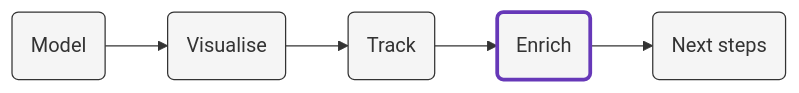
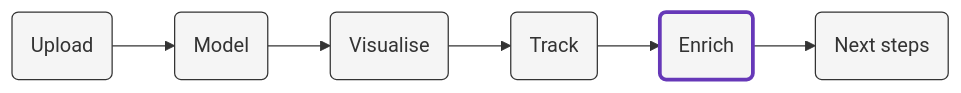
One commit to snowplow/marketing-attribution-accelerator changed the diagram in content/enrich/_index.md. Above: the diagram before and after it, drawn with Mermaid. The commit also changed other lines of this file and 19 other files, not shown here.

```diff
--- a/content/enrich/_index.md
+++ b/content/enrich/_index.md
@@ -12,10 +12,11 @@
 {{<mermaid>}}
 flowchart LR
-    id1(Model)-->id2(Visualise)-->id3(Track)-->id4(Enrich)-->id5(Next steps)
-    style id4 fill:#f5f5f5,stroke:#6638B8,stroke-width:3px
+    id1(Upload)-->id2(Model)-->id3(Visualise)-->id4(Track)-->id5(Enrich)-->id6(Next steps)
+    style id1 fill:#f5f5f5,stroke:#333,stroke-width:1px
     style id2 fill:#f5f5f5,stroke:#333,stroke-width:1px
     style id3 fill:#f5f5f5,stroke:#333,stroke-width:1px
-    style id1 fill:#f5f5f5,stroke:#333,stroke-width:1px
-    style id5 fill:#f5f5f5,stroke:#333,stroke-width:1px
+    style id4 fill:#f5f5f5,stroke:#333,stroke-width:1px
+    style id5 fill:#f5f5f5,stroke:#6638B8,stroke-width:3px
+    style id6 fill:#f5f5f5,stroke:#333,stroke-width:1px
 
 {{</mermaid >}}
```
